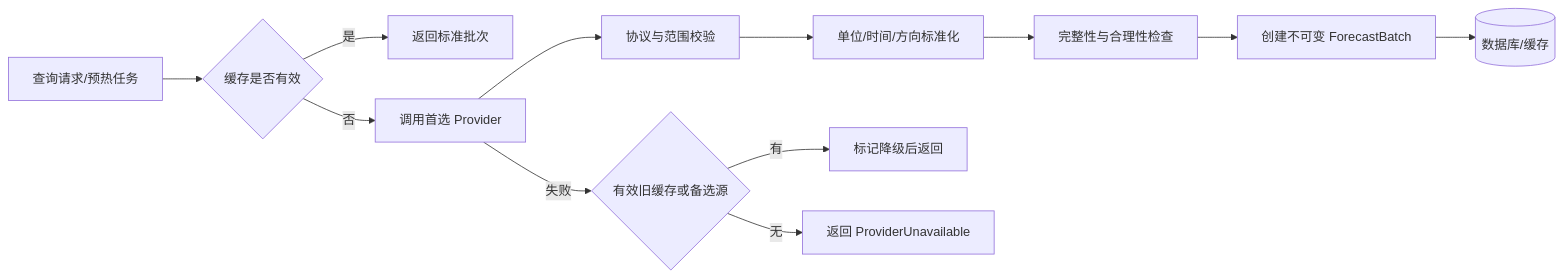
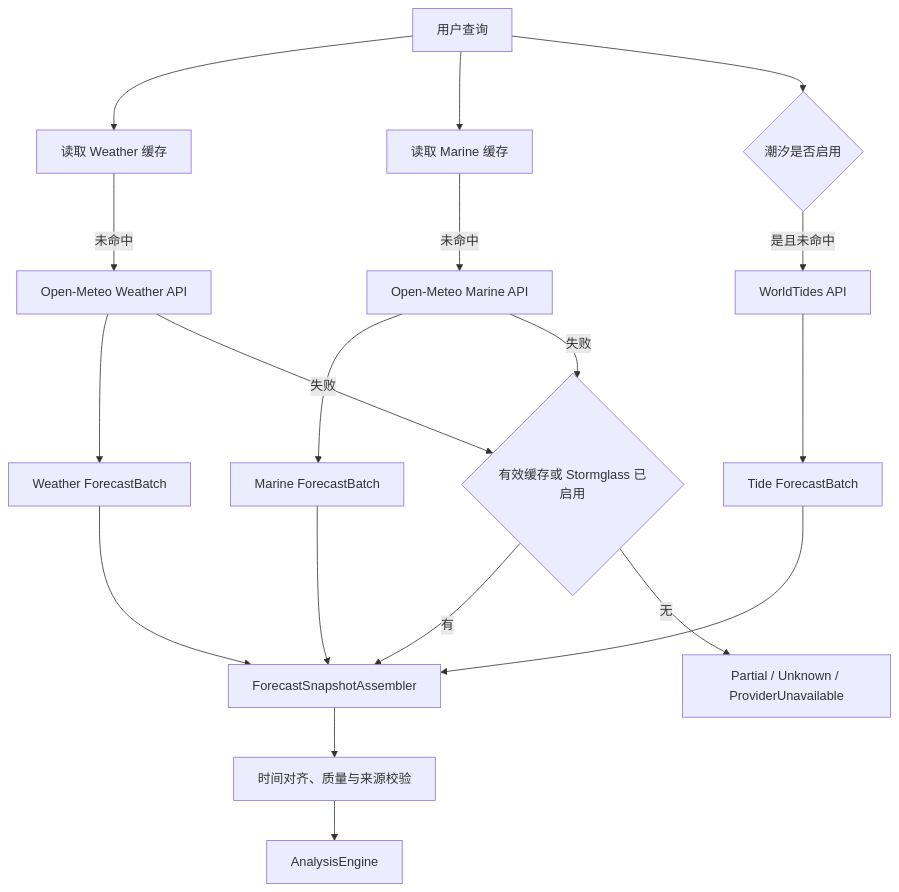
One commit to Camefor/marine-insight changed the diagram in docs/07-天气数据源设计.md. Above: the diagram before and after it, drawn with Mermaid. The commit also changed other lines of this file and 19 other files, not shown here.

````diff
--- a/docs/07-天气数据源设计.md
+++ b/docs/07-天气数据源设计.md
@@ -62,14 +155,21 @@
 ```mermaid
-flowchart LR
-    S[查询请求/预热任务] --> C{缓存是否有效}
-    C -->|是| R[返回标准批次]
-    C -->|否| P[调用首选 Provider]
-    P --> V[协议与范围校验]
-    V --> N[单位/时间/方向标准化]
-    N --> Q[完整性与合理性检查]
-    Q --> B[创建不可变 ForecastBatch]
-    B --> D[(数据库/缓存)]
-    P -->|失败| F{有效旧缓存或备选源}
-    F -->|有| G[标记降级后返回]
-    F -->|无| E[返回 ProviderUnavailable]
+flowchart TD
+    Q[用户查询] --> W[读取 Weather 缓存]
+    Q --> M[读取 Marine 缓存]
+    Q --> T{潮汐是否启用}
+    W -->|未命中| OW[Open-Meteo Weather API]
+    M -->|未命中| OM[Open-Meteo Marine API]
+    T -->|是且未命中| WT[WorldTides API]
+    OW --> WB[Weather ForecastBatch]
+    OM --> MB[Marine ForecastBatch]
+    WT --> TB[Tide ForecastBatch]
+    WB --> A[ForecastSnapshotAssembler]
+    MB --> A
+    TB --> A
+    A --> V[时间对齐、质量与来源校验]
+    V --> E[AnalysisEngine]
+    OW -->|失败| F{有效缓存或 Stormglass 已启用}
+    OM -->|失败| F
+    F -->|有| A
+    F -->|无| U[Partial / Unknown / ProviderUnavailable]
 ```
````
